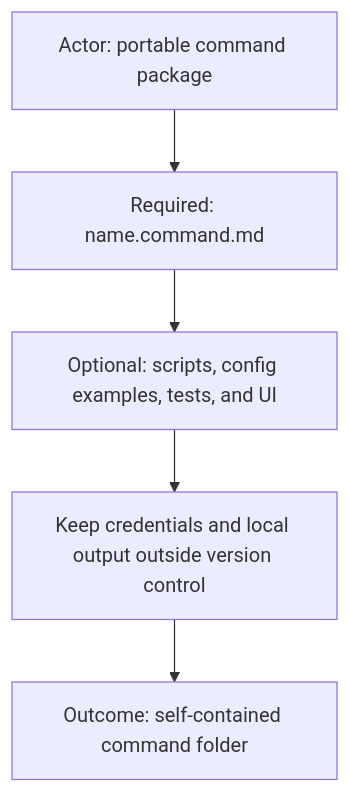
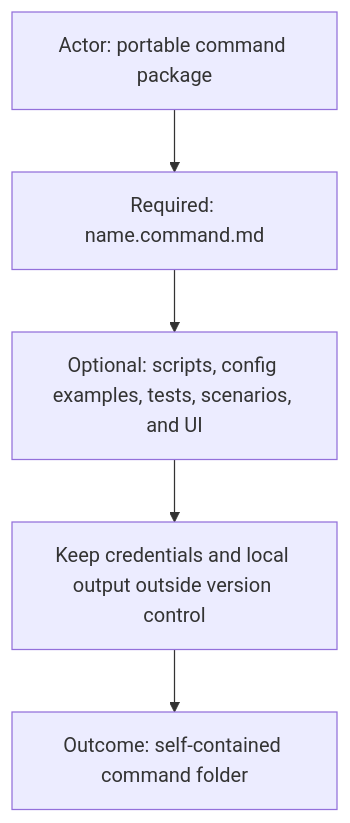
The fourth of 10 diagrams in README.md (starodubtsevconsulting/ai-commands), drawn with Mermaid before and after one commit. The commit also changed other lines of this file and 8 other files, not shown here.

````diff
--- a/README.md
+++ b/README.md
@@ -77,8 +77,8 @@
 ```mermaid
 flowchart TD
   Actor["Actor: portable command package"]
   Actor --> Required["Required: name.command.md"]
-  Required --> Optional["Optional: scripts, config examples, tests, and UI"]
+  Required --> Optional["Optional: scripts, config examples, tests, scenarios, and UI"]
   Optional --> Boundary["Keep credentials and local output outside version control"]
   Boundary --> Outcome["Outcome: self-contained command folder"]
 ```
````
